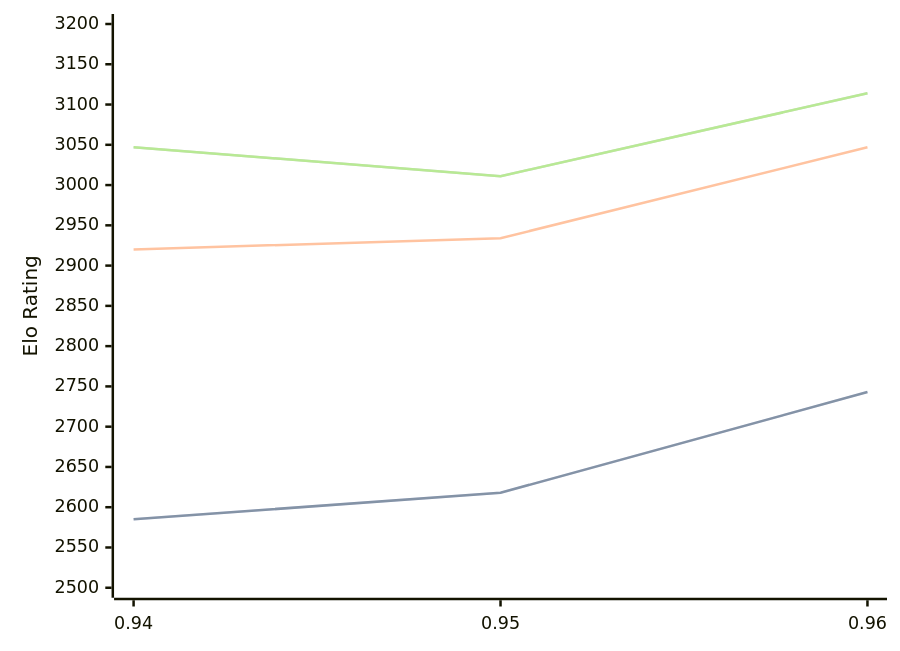
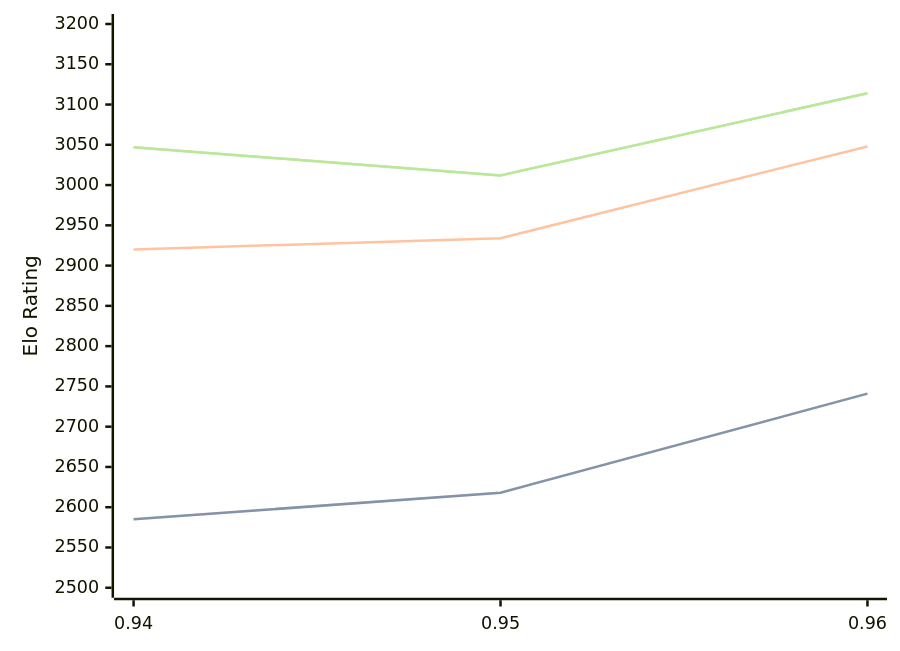
One commit to computer-chess-index/cci changed the diagram in engines/Myrddin.md. Above: the diagram before and after it, drawn with Mermaid. The commit also changed other lines of this file, not shown here.

Commit message:
Update CCI Ratings (ELO VLTC) - 2026-07-29

````diff
--- a/engines/Myrddin.md
+++ b/engines/Myrddin.md
@@ -38,11 +38,11 @@
 ```mermaid
 %%{init: {"theme":"base","themeVariables":{"seriesColors:['#a3a3a3','#222221','#faa371']}}}%%
 xychart-beta
   x-axis ["0.94", "0.95", "0.96"]
   y-axis "Elo Rating" 2500 --> 3200
-  line "STC (8.0+0.08s)" [2585, 2618, 2743]
-  line "STC (8.0+0.08s)" [2585, 2618, 2743]
-  line "LTC (60.0+0.60s)" [2920, 2934, 3047]
-  line "VLTC (2m24s+1.12s)" [3047, 3011, 3114]
-  line "VLTC (2m24s+1.12s)" [3047, 3011, 3114]
+  line "STC (8.0+0.08s)" [2585, 2618, 2741]
+  line "STC (8.0+0.08s)" [2585, 2618, 2741]
+  line "LTC (60.0+0.60s)" [2920, 2934, 3048]
+  line "VLTC (2m24s+1.12s)" [3047, 3012, 3114]
+  line "VLTC (2m24s+1.12s)" [3047, 3012, 3114]
 ```
````
